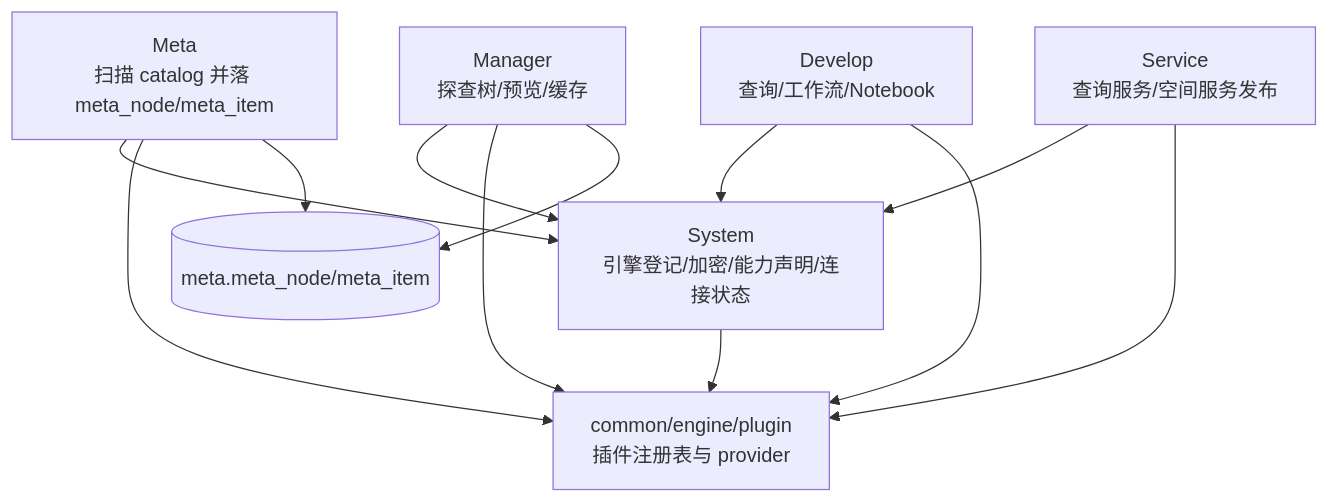
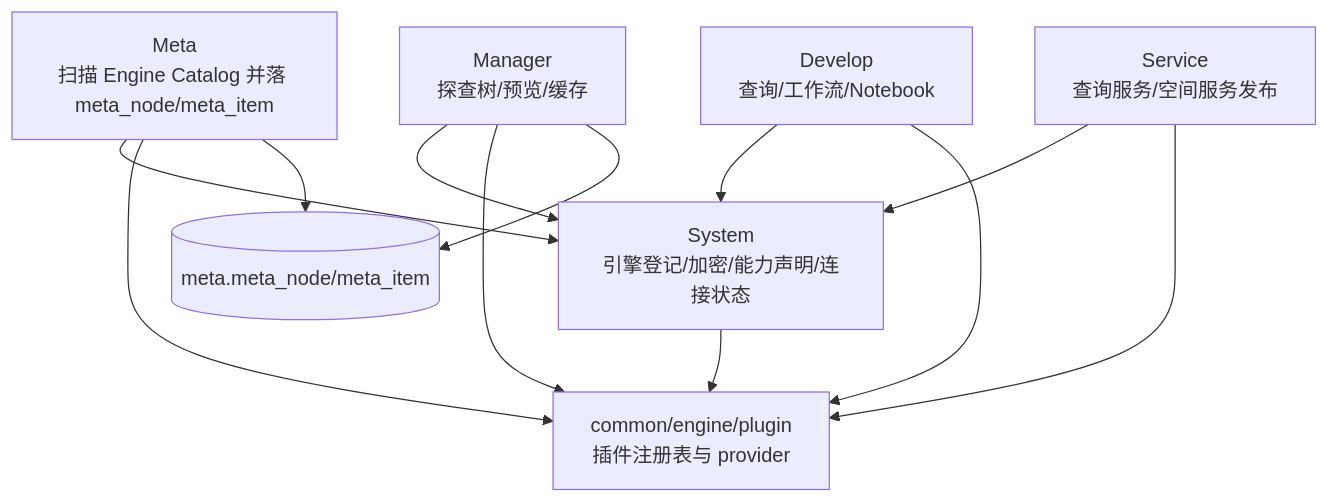
Before and after one commit to pampa0629/addp: the first of 3 diagrams in docs/concepts/addp引擎体系图.md, drawn with Mermaid. The commit also changed other lines of this file and 1206 other files, not shown here.

````diff
--- a/docs/concepts/addp引擎体系图.md
+++ b/docs/concepts/addp引擎体系图.md
@@ -66,23 +66,23 @@
 ```mermaid
 graph TB
     System["System<br/>引擎登记/加密/能力声明/连接状态"]
     Common["common/engine/plugin<br/>插件注册表与 provider"]
-    Meta["Meta<br/>扫描 catalog 并落 meta_node/meta_item"]
+    Meta["Meta<br/>扫描 Engine Catalog 并落 meta_node/meta_item"]
     Manager["Manager<br/>探查树/预览/缓存"]
     Develop["Develop<br/>查询/工作流/Notebook"]
     Service["Service<br/>查询服务/空间服务发布"]
 
     System --> Common
     Meta --> System
     Manager --> System
     Develop --> System
     Service --> System
 
     Meta --> Common
     Manager --> Common
     Develop --> Common
     Service --> Common
 
     Meta --> MetaStore[("meta.meta_node/meta_item")]
     Manager --> MetaStore
 ```
````
